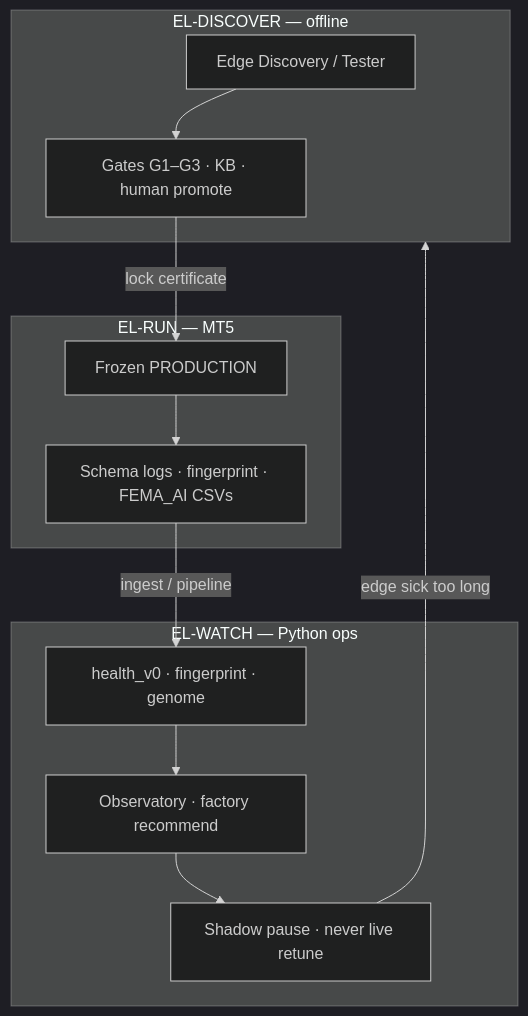
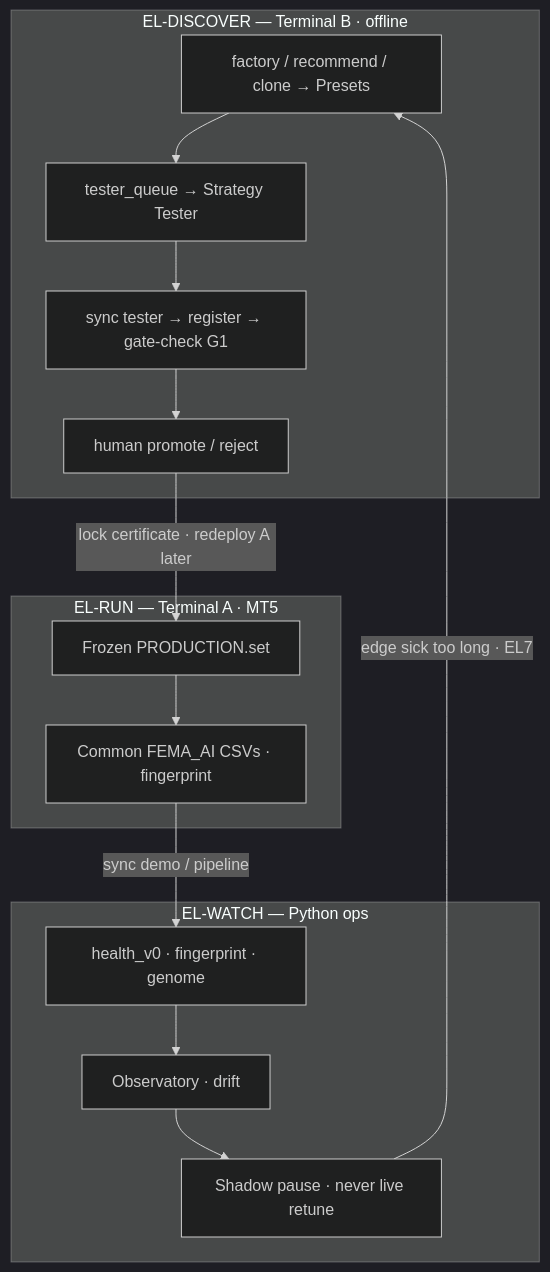
The first of 2 diagrams in README.md (Atlas00000/FEMA), drawn with Mermaid (dark theme) before and after one commit. The commit also changed other lines of this file and 48 other files, not shown here.

First line of the commit message:
Ship two-terminal AER pipeline (P0-P6) with docs and smoke evidence.

````diff
--- a/README.md
+++ b/README.md
@@ -66,25 +69,27 @@
 ```mermaid
 flowchart TB
-  subgraph Discover["EL-DISCOVER — offline"]
-    D1[Edge Discovery / Tester]
-    D2[Gates G1–G3 · KB · human promote]
-    D1 --> D2
+  subgraph Discover["EL-DISCOVER — Terminal B · offline"]
+    D0[factory / recommend / clone → Presets]
+    D1[tester_queue → Strategy Tester]
+    D2[sync tester → register → gate-check G1]
+    D3[human promote / reject]
+    D0 --> D1 --> D2 --> D3
   end
 
-  subgraph Run["EL-RUN — MT5"]
-    R1[Frozen PRODUCTION]
-    R2[Schema logs · fingerprint · FEMA_AI CSVs]
+  subgraph Run["EL-RUN — Terminal A · MT5"]
+    R1[Frozen PRODUCTION.set]
+    R2[Common FEMA_AI CSVs · fingerprint]
     R1 --> R2
   end
 
   subgraph Watch["EL-WATCH — Python ops"]
     W1[health_v0 · fingerprint · genome]
-    W2[Observatory · factory recommend]
+    W2[Observatory · drift]
     W3[Shadow pause · never live retune]
     W1 --> W2 --> W3
   end
 
-  D2 -->|lock certificate| R1
-  R2 -->|ingest / pipeline| W1
-  W3 -->|edge sick too long| Discover
+  D3 -->|lock certificate · redeploy A later| R1
+  R2 -->|sync demo / pipeline| W1
+  W3 -->|edge sick too long · EL7| D0
 ```
````
